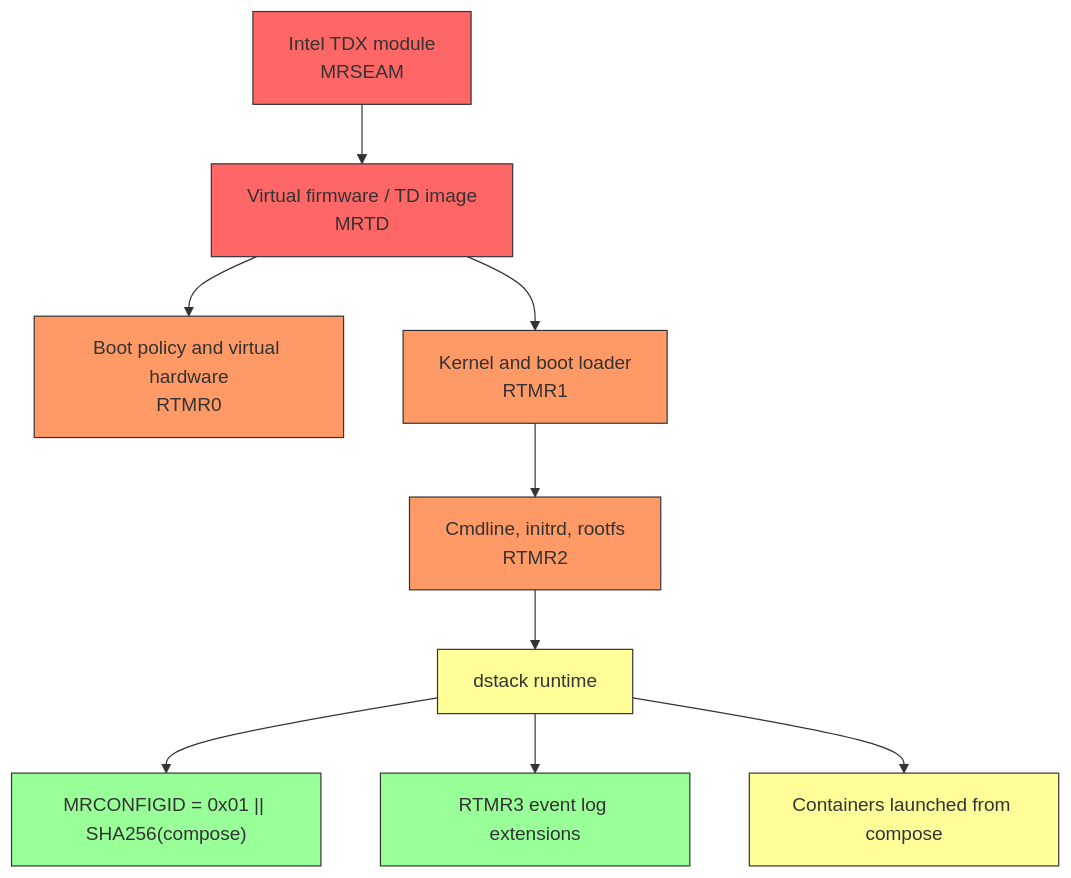
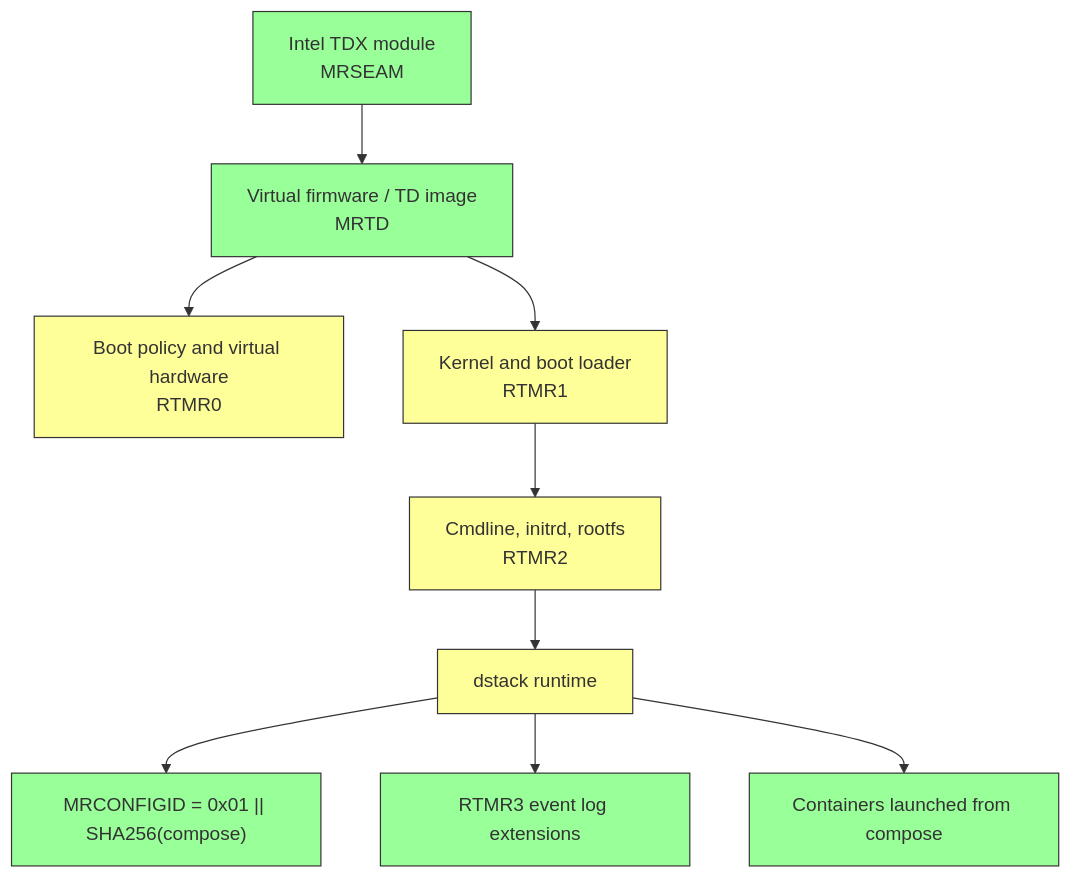
Before and after one commit to ai-13rac1/teep: the diagram in docs/attestation_gaps/dstack_integrity.md, drawn with Mermaid. The commit also changed other lines of this file and 1 other file, not shown here.

````diff
--- a/docs/attestation_gaps/dstack_integrity.md
+++ b/docs/attestation_gaps/dstack_integrity.md
@@ -86,21 +64,21 @@
 ```mermaid
 graph TD
     A["Intel TDX module\nMRSEAM"] --> B["Virtual firmware / TD image\nMRTD"]
     B --> C["Boot policy and virtual hardware\nRTMR0"]
     B --> D["Kernel and boot loader\nRTMR1"]
     D --> E["Cmdline, initrd, rootfs\nRTMR2"]
     E --> F["dstack runtime"]
     F --> G["MRCONFIGID = 0x01 || SHA256(compose)"]
     F --> H["RTMR3 event log extensions"]
     F --> I["Containers launched from compose"]
 
-    style A fill:#f66,stroke:#333
-    style B fill:#f66,stroke:#333
-    style C fill:#f96,stroke:#333
-    style D fill:#f96,stroke:#333
-    style E fill:#f96,stroke:#333
+    style A fill:#9f9,stroke:#333
+    style B fill:#9f9,stroke:#333
+    style C fill:#ff9,stroke:#333
+    style D fill:#ff9,stroke:#333
+    style E fill:#ff9,stroke:#333
     style F fill:#ff9,stroke:#333
     style G fill:#9f9,stroke:#333
     style H fill:#9f9,stroke:#333
-    style I fill:#ff9,stroke:#333
+    style I fill:#9f9,stroke:#333
 ```
````
